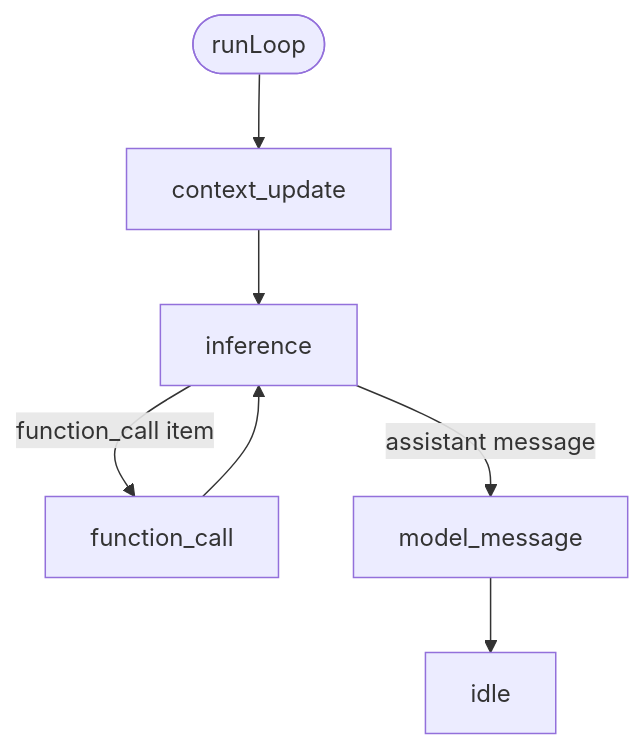
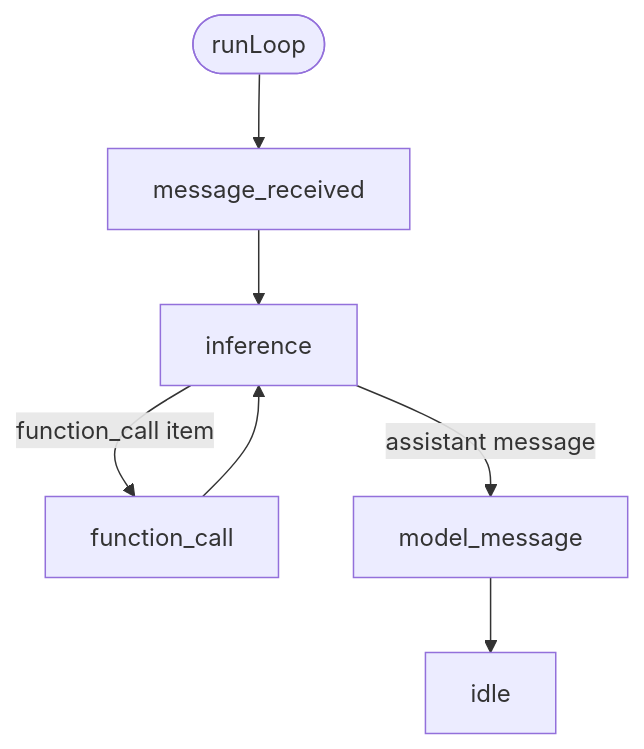
One commit to jigjoy-io/mosaic changed the third of 4 diagrams in README.md. Above: the diagram before and after it, drawn with Mermaid. The commit also changed other lines of this file and 10 other files, not shown here.

````diff
--- a/README.md
+++ b/README.md
@@ -352,9 +352,9 @@
 ```mermaid
 flowchart TD
-    Start([runLoop]) --> CU[context_update]
+    Start([runLoop]) --> CU[message_received]
     CU --> INF[inference]
     INF -->|function_call item| FC[function_call]
     INF -->|assistant message| MM[model_message]
     FC --> INF
     MM --> Idle[idle]
 ```
````
